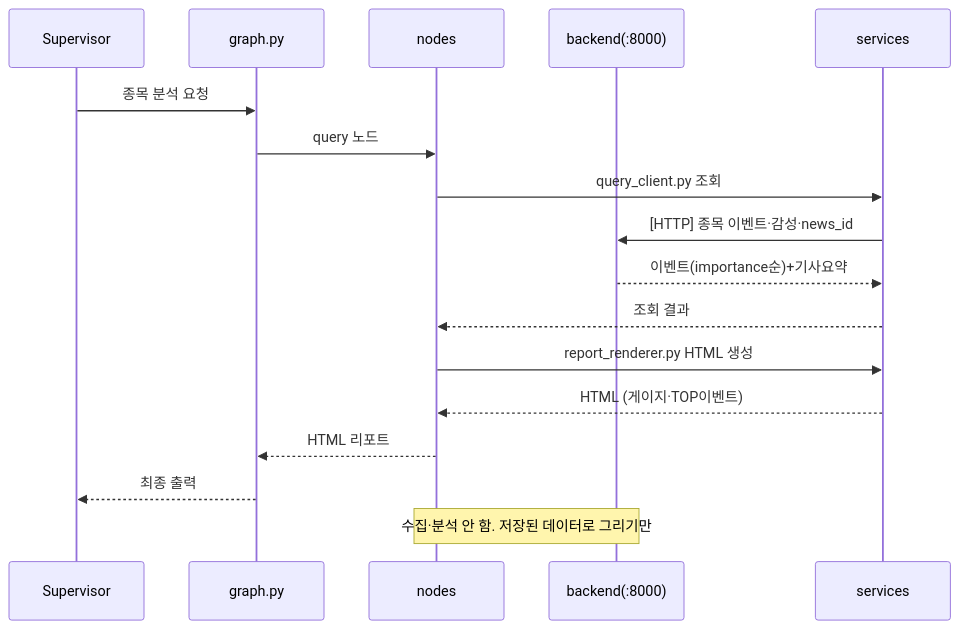
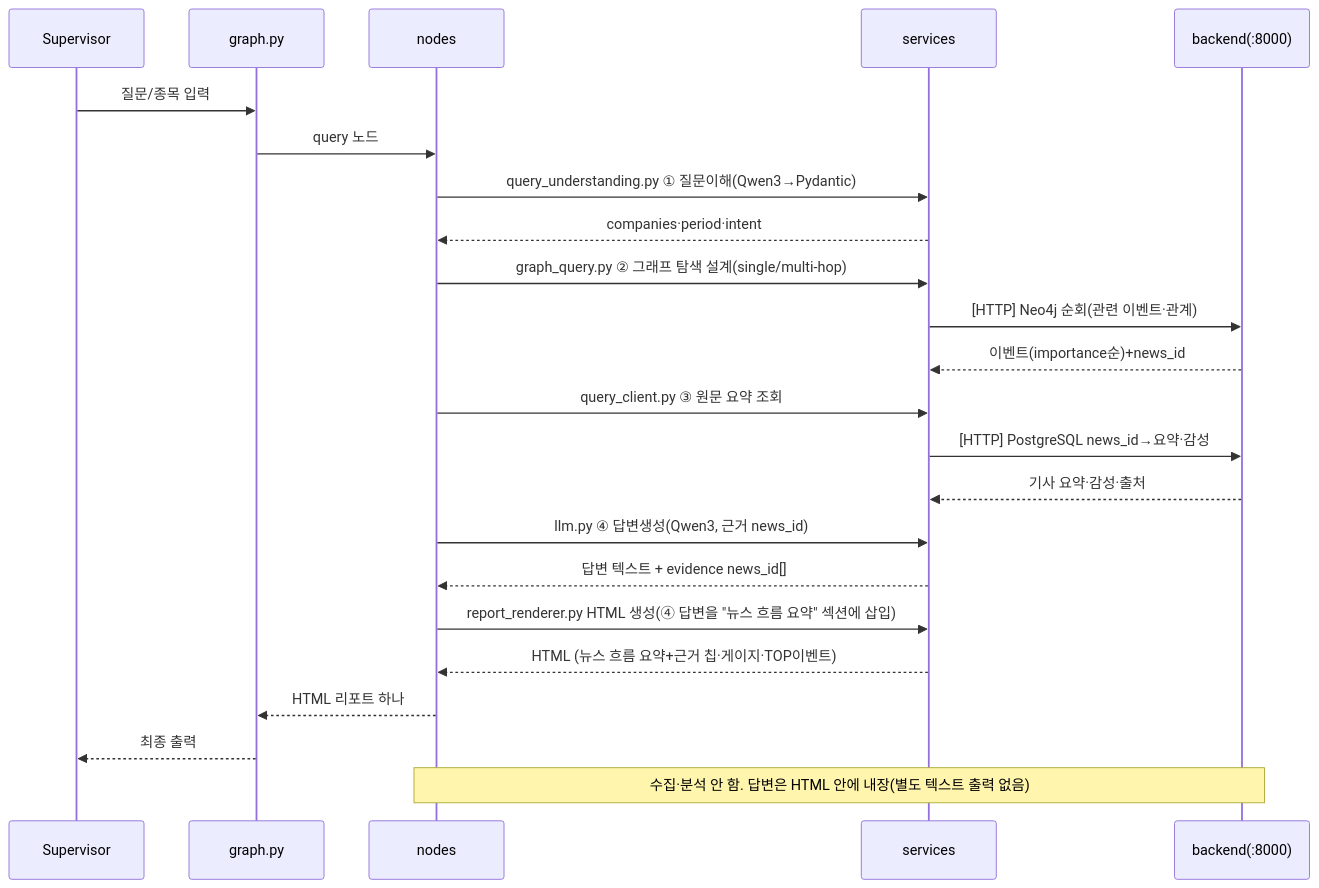
One commit to MTVS03/verith changed the second of 3 diagrams in ai/src/agents/news/docs/sequence.md. Above: the diagram before and after it, drawn with Mermaid. The commit also changed other lines of this file and 2 other files, not shown here.

Commit message:
[docs] 질의 흐름 자유 질문형(B) 정합화 및 답변 HTML 내장 반영

````diff
--- a/ai/src/agents/news/docs/sequence.md
+++ b/ai/src/agents/news/docs/sequence.md
@@ -36,19 +36,25 @@
 ```mermaid
 sequenceDiagram
   participant U as Supervisor
   participant G as graph.py
   participant N as nodes
+  participant SV as services
   participant BE as backend(:8000)
-  participant SV as services
-  U->>G: 종목 분석 요청
+  U->>G: 질문/종목 입력
   G->>N: query 노드
-  N->>SV: query_client.py 조회
-  SV->>BE: [HTTP] 종목 이벤트·감성·news_id
-  BE-->>SV: 이벤트(importance순)+기사요약
-  SV-->>N: 조회 결과
-  N->>SV: report_renderer.py HTML 생성
-  SV-->>N: HTML (게이지·TOP이벤트)
-  N-->>G: HTML 리포트
+  N->>SV: query_understanding.py ① 질문이해(Qwen3→Pydantic)
+  SV-->>N: companies·period·intent
+  N->>SV: graph_query.py ② 그래프 탐색 설계(single/multi-hop)
+  SV->>BE: [HTTP] Neo4j 순회(관련 이벤트·관계)
+  BE-->>SV: 이벤트(importance순)+news_id
+  N->>SV: query_client.py ③ 원문 요약 조회
+  SV->>BE: [HTTP] PostgreSQL news_id→요약·감성
+  BE-->>SV: 기사 요약·감성·출처
+  N->>SV: llm.py ④ 답변생성(Qwen3, 근거 news_id)
+  SV-->>N: 답변 텍스트 + evidence news_id[]
+  N->>SV: report_renderer.py HTML 생성(④ 답변을 "뉴스 흐름 요약" 섹션에 삽입)
+  SV-->>N: HTML (뉴스 흐름 요약+근거 칩·게이지·TOP이벤트)
+  N-->>G: HTML 리포트 하나
   G-->>U: 최종 출력
-  Note over N,BE: 수집·분석 안 함. 저장된 데이터로 그리기만
+  Note over N,BE: 수집·분석 안 함. 답변은 HTML 안에 내장(별도 텍스트 출력 없음)
 ```
````
